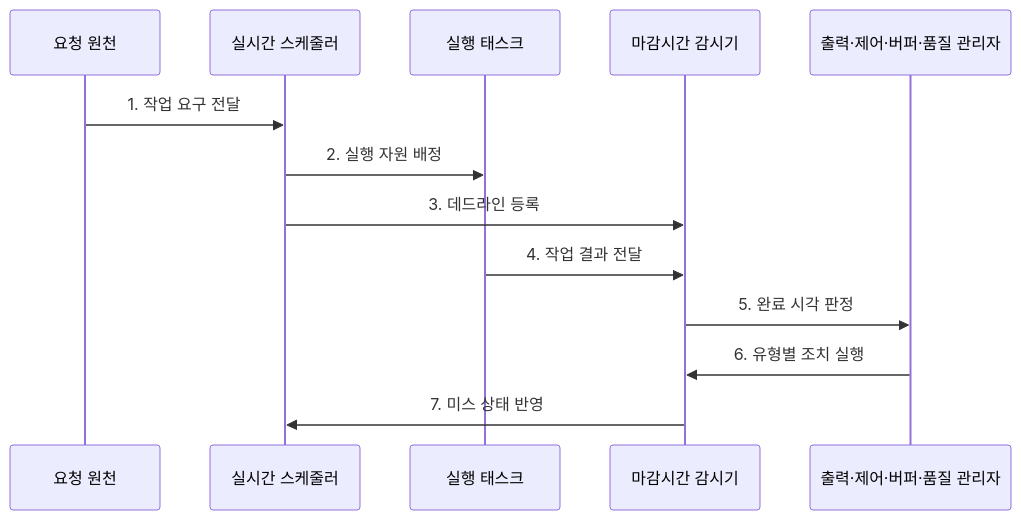
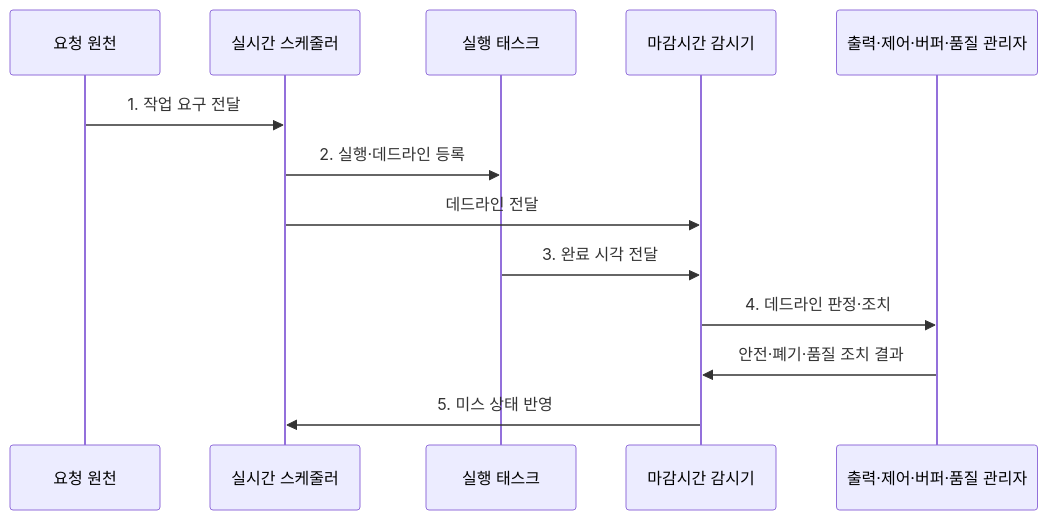
Before and after one commit to agnusdei1207/knowledge-base: the second of 2 diagrams in src/content/docs/notes/02-hardware/062_hard_soft_real_time.md, drawn with Mermaid. The commit also changed other lines of this file and 86 other files, not shown here.

````diff
--- a/src/content/docs/notes/02-hardware/062_hard_soft_real_time.md
+++ b/src/content/docs/notes/02-hardware/062_hard_soft_real_time.md
@@ -84,16 +83,16 @@
 ```mermaid
 sequenceDiagram
     participant R as 요청 원천
     participant S as 실시간 스케줄러
     participant T as 실행 태스크
     participant D as 마감시간 감시기
     participant O as 출력·제어·버퍼·품질 관리자
 
     R->>S: 1. 작업 요구 전달
-    S->>T: 2. 실행 자원 배정
-    S->>D: 3. 데드라인 등록
-    T->>D: 4. 작업 결과 전달
-    D->>O: 5. 완료 시각 판정
-    O->>D: 6. 유형별 조치 실행
-    D->>S: 7. 미스 상태 반영
+    S->>T: 2. 실행·데드라인 등록
+    S->>D: 데드라인 전달
+    T->>D: 3. 완료 시각 전달
+    D->>O: 4. 데드라인 판정·조치
+    O->>D: 안전·폐기·품질 조치 결과
+    D->>S: 5. 미스 상태 반영
 ```
````
